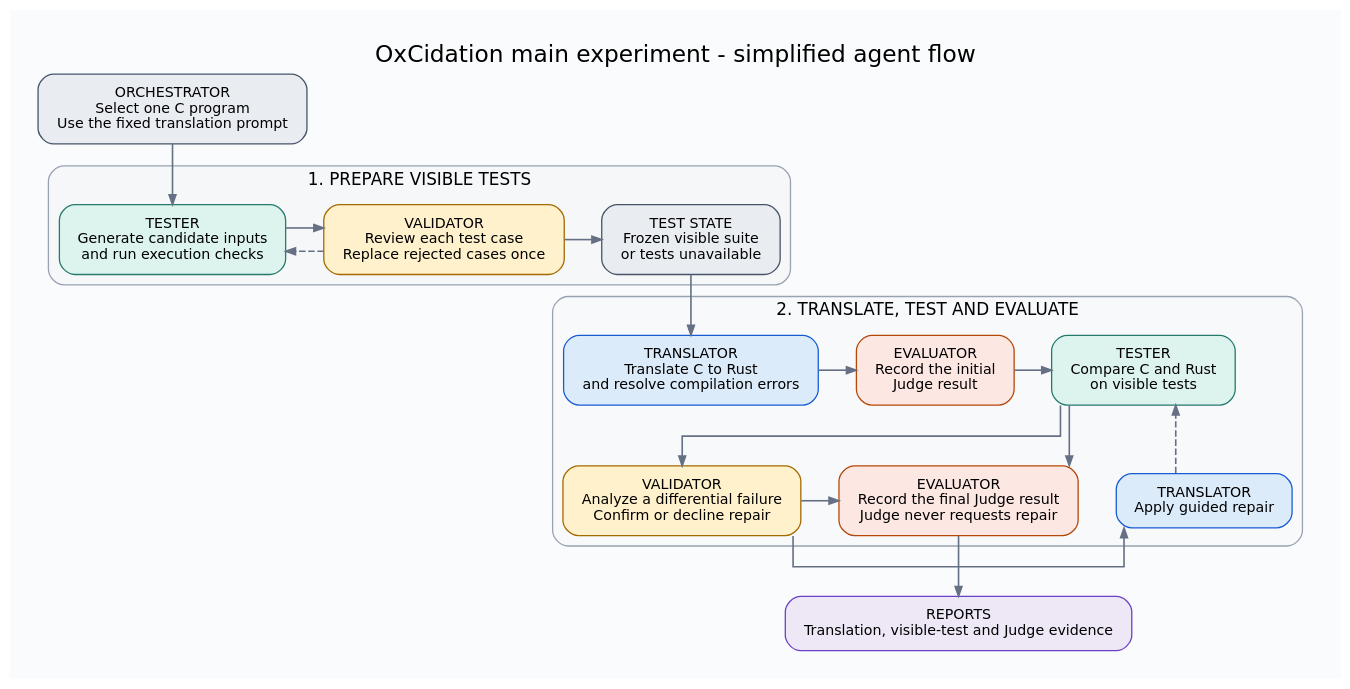
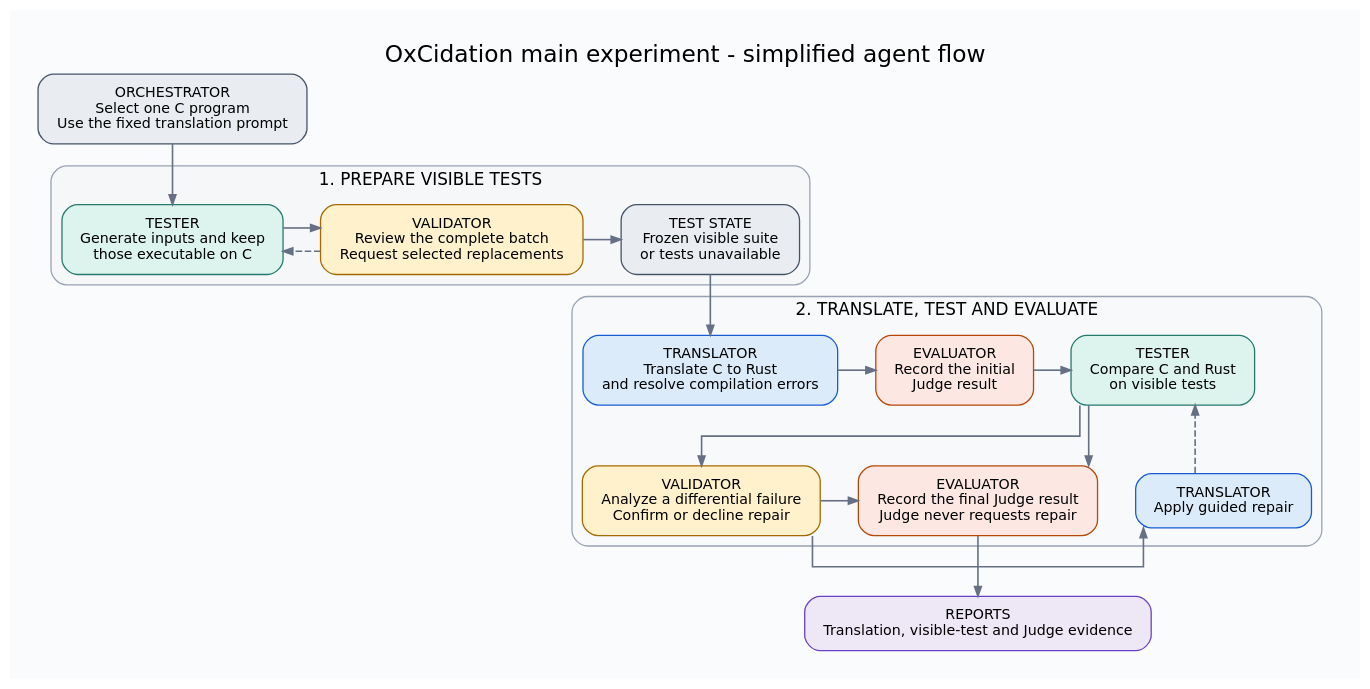
The diagram in docs-shared/assets/experiment-agent-flow-simple.dot (gesad-science/OxCidation), drawn with Graphviz before and after one commit. The commit also changed 24 other files, not shown here.

```diff
--- a/docs-shared/assets/experiment-agent-flow-simple.dot
+++ b/docs-shared/assets/experiment-agent-flow-simple.dot
@@ -1,136 +1,136 @@
 digraph OxCidationMainExperiment {
   graph [
     rankdir=TB,
     newrank=true,
     bgcolor="#FAFBFC",
     pad="0.3",
     nodesep="0.4",
     ranksep="0.65",
     splines=ortho,
     fontname="DejaVu Sans",
     fontsize=18,
     labelloc=t,
     label="OxCidation main experiment - simplified agent flow"
   ];
 
   node [
     shape=box,
     style="rounded,filled",
     color="#344054",
     fillcolor="#FFFFFF",
     fontname="DejaVu Sans",
     fontsize=11,
     margin="0.2,0.13"
   ];
   edge [
     color="#667085",
     fontcolor="#344054",
     fontname="DejaVu Sans",
     fontsize=9,
     arrowsize=0.75,
     penwidth=1.25
   ];
 
   start [
     label="ORCHESTRATOR\nSelect one C program\nUse the fixed translation prompt",
     fillcolor="#E9EDF2",
     color="#475467"
   ];
 
   subgraph cluster_test_preparation {
     label="1. PREPARE VISIBLE TESTS";
     color="#98A2B3";
     fillcolor="#F5F7F9";
     style="rounded,filled";
     fontname="DejaVu Sans";
     fontsize=13;
 
     { rank=same;
       tester_prepare [
-        label="TESTER\nGenerate candidate inputs\nand run execution checks",
+        label="TESTER\nGenerate inputs and keep\nthose executable on C",
         fillcolor="#DDF3EE",
         color="#267A6E"
       ];
       validator_suite [
-        label="VALIDATOR\nReview each test case\nReplace rejected cases once",
+        label="VALIDATOR\nReview the complete batch\nRequest selected replacements",
         fillcolor="#FFF1CC",
         color="#A46A00"
       ];
       suite_state [
         label="TEST STATE\nFrozen visible suite\nor tests unavailable",
         fillcolor="#E9EDF2",
         color="#475467"
       ];
     }
 
     tester_prepare -> validator_suite;
     validator_suite -> suite_state;
     validator_suite -> tester_prepare [
       style=dashed,
       constraint=false
     ];
   }
 
   subgraph cluster_execution {
     label="2. TRANSLATE, TEST AND EVALUATE";
     color="#98A2B3";
     fillcolor="#F8F9FB";
     style="rounded,filled";
     fontname="DejaVu Sans";
     fontsize=13;
 
     { rank=same;
       translator [
         label="TRANSLATOR\nTranslate C to Rust\nand resolve compilation errors",
         fillcolor="#DCEBFA",
         color="#175CD3"
       ];
       initial_judge [
         label="EVALUATOR\nRecord the initial\nJudge result",
         fillcolor="#FCE7E2",
         color="#B54708"
       ];
       tester_run [
         label="TESTER\nCompare C and Rust\non visible tests",
         fillcolor="#DDF3EE",
         color="#267A6E"
       ];
     }
 
     { rank=same;
       repair [
         label="TRANSLATOR\nApply guided repair",
         fillcolor="#DCEBFA",
         color="#175CD3"
       ];
       validator_translation [
         label="VALIDATOR\nAnalyze a differential failure\nConfirm or decline repair",
         fillcolor="#FFF1CC",
         color="#A46A00"
       ];
       final_judge [
         label="EVALUATOR\nRecord the final Judge result\nJudge never requests repair",
         fillcolor="#FCE7E2",
         color="#B54708"
       ];
     }
 
     translator -> initial_judge;
     initial_judge -> tester_run;
     tester_run -> validator_translation;
     tester_run -> final_judge;
     validator_translation -> repair;
     repair -> tester_run [style=dashed, constraint=false];
     validator_translation -> final_judge;
   }
 
   reports [
     label="REPORTS\nTranslation, visible-test and Judge evidence",
     fillcolor="#EDE7F6",
     color="#6941C6"
   ];
 
   start -> tester_prepare;
   suite_state -> translator;
   final_judge -> reports;
 }
```
